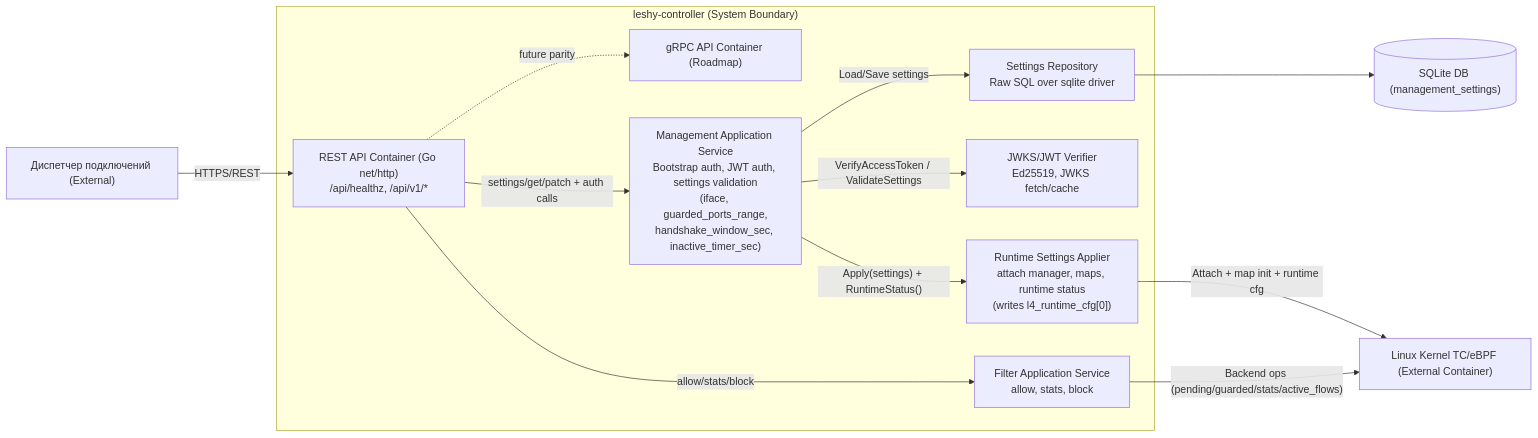
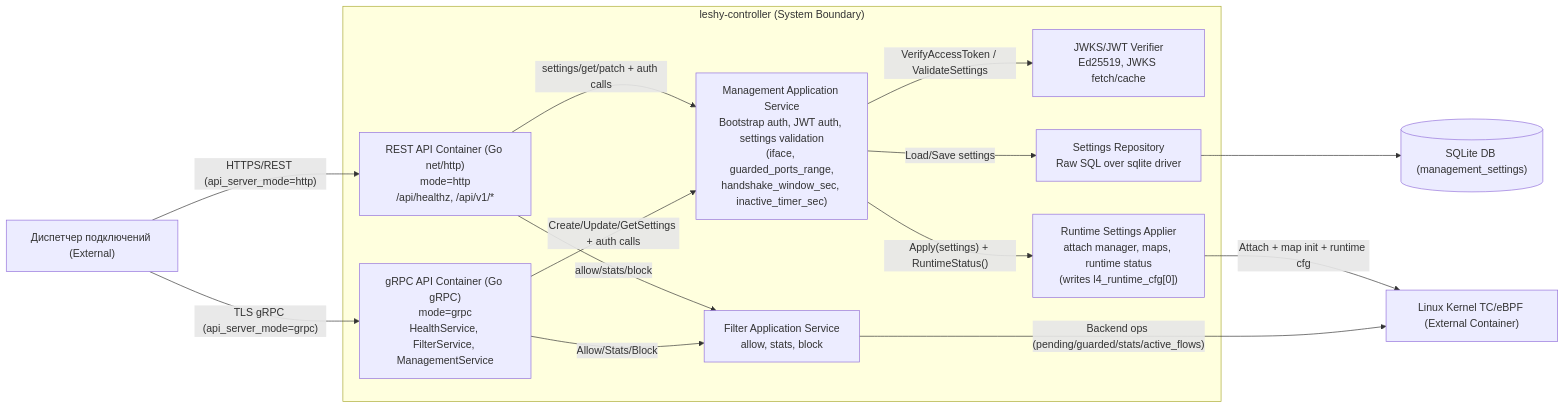
Before and after one commit to devalv/leshy-controller: the second of 3 diagrams in docs/c4.md, drawn with Mermaid. The commit also changed other lines of this file and 34 other files, not shown here.

First line of the commit message:
Feature/grpc-api: имплементация grpc-сервера (#8)

````diff
--- a/docs/c4.md
+++ b/docs/c4.md
@@ -29,29 +29,31 @@
 ```mermaid
 flowchart LR
     dispatcher["Диспетчер подключений (External)"]
     kernel["Linux Kernel TC/eBPF (External Container)"]
     db[("SQLite DB (management_settings)")]
 
     subgraph leshy["leshy-controller (System Boundary)"]
-        api["REST API Container (Go net/http)\n/api/healthz, /api/v1/*"]
-        grpc["gRPC API Container (Roadmap)"]
+        api["REST API Container (Go net/http)\nmode=http\n/api/healthz, /api/v1/*"]
+        grpc["gRPC API Container (Go gRPC)\nmode=grpc\nHealthService, FilterService, ManagementService"]
         mgmt["Management Application Service\nBootstrap auth, JWT auth, settings validation\n(iface, guarded_ports_range,\nhandshake_window_sec, inactive_timer_sec)"]
         filt["Filter Application Service\nallow, stats, block"]
         verifier["JWKS/JWT Verifier\nEd25519, JWKS fetch/cache"]
         repo["Settings Repository\nRaw SQL over sqlite driver"]
         runtime["Runtime Settings Applier\nattach manager, maps, runtime status\n(writes l4_runtime_cfg[0])"]
     end
 
-    dispatcher -->|"HTTPS/REST"| api
+    dispatcher -->|"HTTPS/REST (api_server_mode=http)"| api
+    dispatcher -->|"TLS gRPC (api_server_mode=grpc)"| grpc
     api -->|"settings/get/patch + auth calls"| mgmt
     api -->|"allow/stats/block"| filt
-    api -.->|"future parity"| grpc
+    grpc -->|"Create/Update/GetSettings + auth calls"| mgmt
+    grpc -->|"Allow/Stats/Block"| filt
 
     mgmt -->|"Load/Save settings"| repo
     repo --> db
 
     mgmt -->|"VerifyAccessToken / ValidateSettings"| verifier
     mgmt -->|"Apply(settings) + RuntimeStatus()"| runtime
     runtime -->|"Attach + map init + runtime cfg"| kernel
     filt -->|"Backend ops (pending/guarded/stats/active_flows)"| kernel
 ```
````
